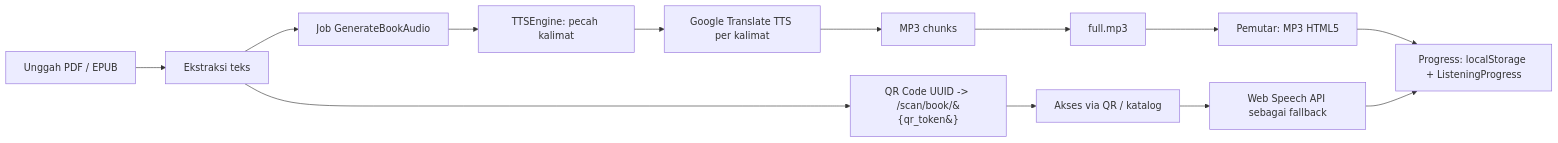
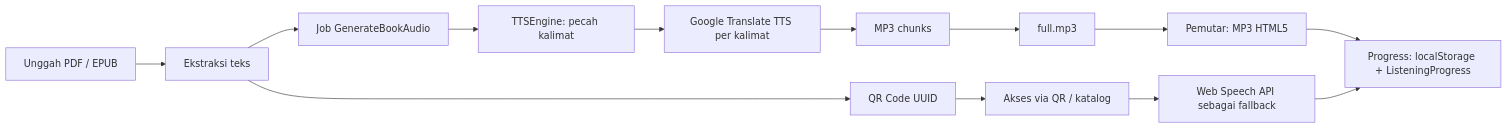
The diagram in README.md (Ayries18/Read-Assist), drawn with Mermaid before and after one commit. The commit also changed other lines of this file, not shown here.

Commit message:
docs: fix Mermaid syntax in workflow diagram

````diff
--- a/README.md
+++ b/README.md
@@ -130,15 +130,15 @@
 ```mermaid
 flowchart LR
     A[Unggah PDF / EPUB] --> B[Ekstraksi teks]
     B --> C[Job GenerateBookAudio]
     C --> D[TTSEngine: pecah kalimat]
     D --> E[Google Translate TTS per kalimat]
     E --> F[MP3 chunks]
     F --> G[full.mp3]
-    B --> H[QR Code UUID -> /scan/book/&#123;qr_token&#125;]
+    B --> H[QR Code UUID]
     G --> I[Pemutar: MP3 HTML5]
     H --> J[Akses via QR / katalog]
     J --> K[Web Speech API sebagai fallback]
     I --> L[Progress: localStorage + ListeningProgress]
     K --> L
 ```
````
